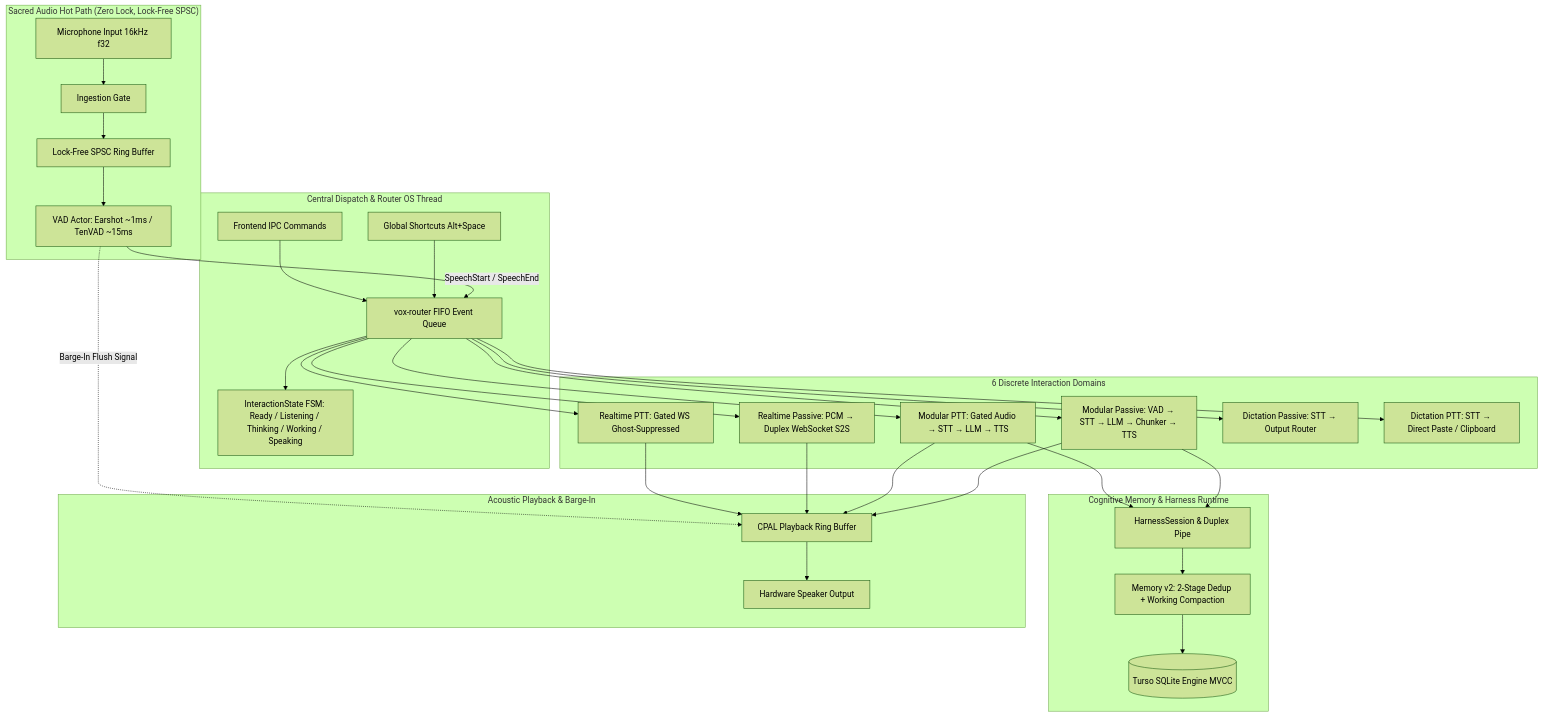
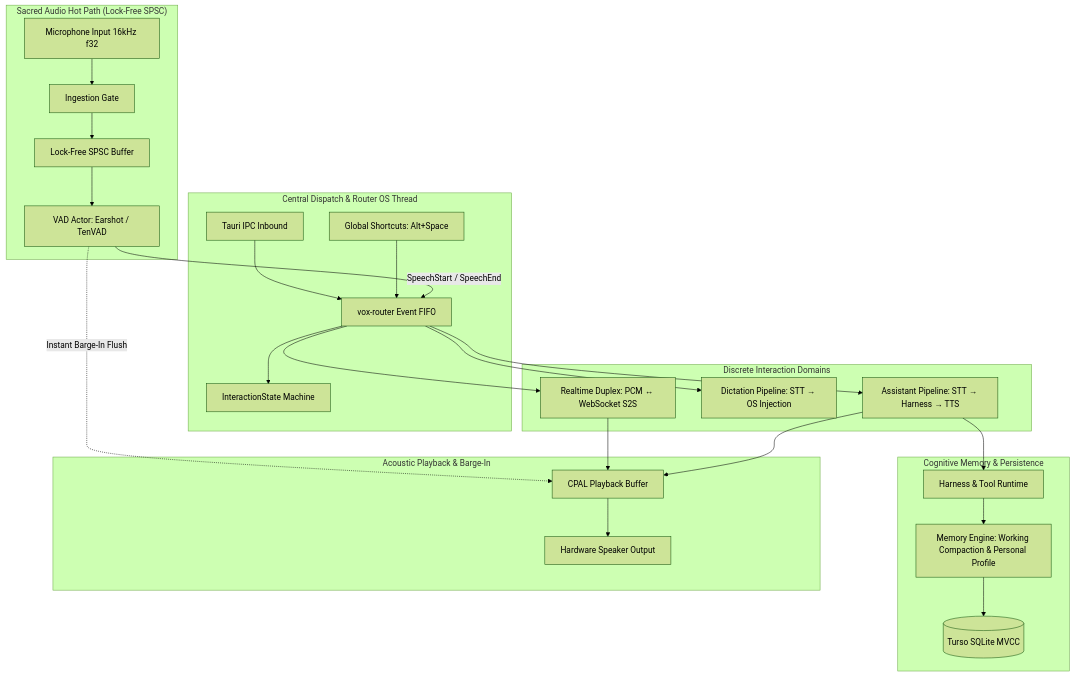
One commit to addy-47/vox changed the diagram in README.md. Above: the diagram before and after it, drawn with Mermaid (forest theme). The commit also changed other lines of this file and 31 other files, not shown here.

````diff
--- a/README.md
+++ b/README.md
@@ -108,36 +131,33 @@
 ```mermaid
 graph TD
-    subgraph Audio_Hot_Path["Sacred Audio Hot Path (Zero Lock, Lock-Free SPSC)"]
+    subgraph Audio_Hot_Path["Sacred Audio Hot Path (Lock-Free SPSC)"]
         Mic[Microphone Input 16kHz f32] --> Ingest[Ingestion Gate]
-        Ingest --> RingBuffer[Lock-Free SPSC Ring Buffer]
-        RingBuffer --> VAD[VAD Actor: Earshot ~1ms / TenVAD ~15ms]
+        Ingest --> RingBuffer[Lock-Free SPSC Buffer]
+        RingBuffer --> VAD[VAD Actor: Earshot / TenVAD]
     end
 
     subgraph Central_Core["Central Dispatch & Router OS Thread"]
-        VAD -->|SpeechStart / SpeechEnd| Router[vox-router FIFO Event Queue]
-        Hotkeys[Global Shortcuts Alt+Space] --> Router
-        IPCCommands[Frontend IPC Commands] --> Router
-        Router --> FSM[InteractionState FSM: Ready / Listening / Thinking / Working / Speaking]
+        VAD -->|SpeechStart / SpeechEnd| Router[vox-router Event FIFO]
+        Hotkeys[Global Shortcuts: Alt+Space] --> Router
+        IPCCommands[Tauri IPC Inbound] --> Router
+        Router --> FSM[InteractionState Machine]
     end
 
-    subgraph Pipeline_Domains["6 Discrete Interaction Domains"]
-        Router --> MP[Modular Passive: VAD → STT → LLM → Chunker → TTS]
-        Router --> MPTT[Modular PTT: Gated Audio → STT → LLM → TTS]
-        Router --> RP[Realtime Passive: PCM → Duplex WebSocket S2S]
-        Router --> RPTT[Realtime PTT: Gated WS Ghost-Suppressed]
-        Router --> DP[Dictation Passive: STT → Output Router]
-        Router --> DPTT[Dictation PTT: STT → Direct Paste / Clipboard]
+    subgraph Interaction_Domains["Discrete Interaction Domains"]
+        Router --> AP[Assistant Pipeline: STT → Harness → TTS]
+        Router --> DP[Dictation Pipeline: STT → OS Injection]
+        Router --> RP[Realtime Duplex: PCM ↔ WebSocket S2S]
     end
 
-    subgraph Cognitive_Layer["Cognitive Memory & Harness Runtime"]
-        MP & MPTT --> Harness[HarnessSession & Duplex Pipe]
-        Harness --> Memory[Memory v2: 2-Stage Dedup + Working Compaction]
-        Memory --> DB[(Turso SQLite Engine MVCC)]
+    subgraph Cognitive_Layer["Cognitive Memory & Persistence"]
+        AP --> Harness[Harness & Tool Runtime]
+        Harness --> Memory[Memory Engine: Working Compaction & Personal Profile]
+        Memory --> DB[(Turso SQLite MVCC)]
     end
 
     subgraph Acoustic_Output["Acoustic Playback & Barge-In"]
-        MP & MPTT & RP & RPTT --> Playback[CPAL Playback Ring Buffer]
+        AP & RP --> Playback[CPAL Playback Buffer]
         Playback --> Speaker[Hardware Speaker Output]
-        VAD -.->|Barge-In Flush Signal| Playback
+        VAD -.->|Instant Barge-In Flush| Playback
     end
 ```
````
